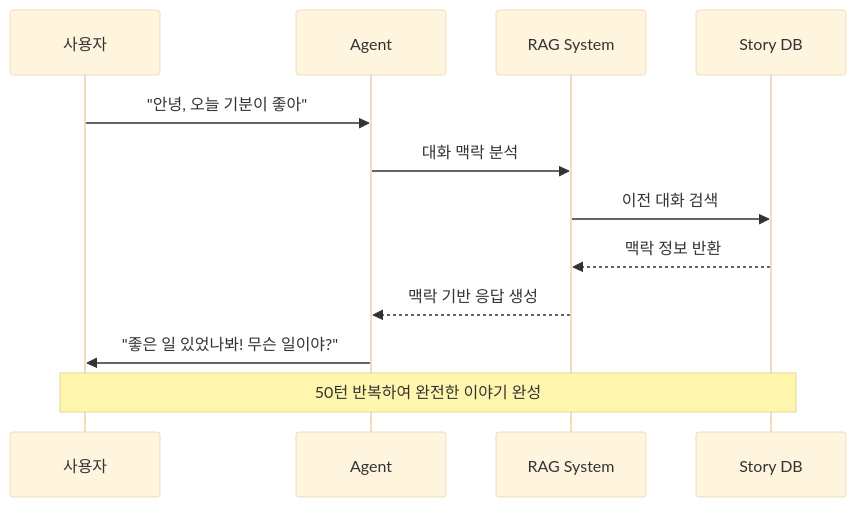
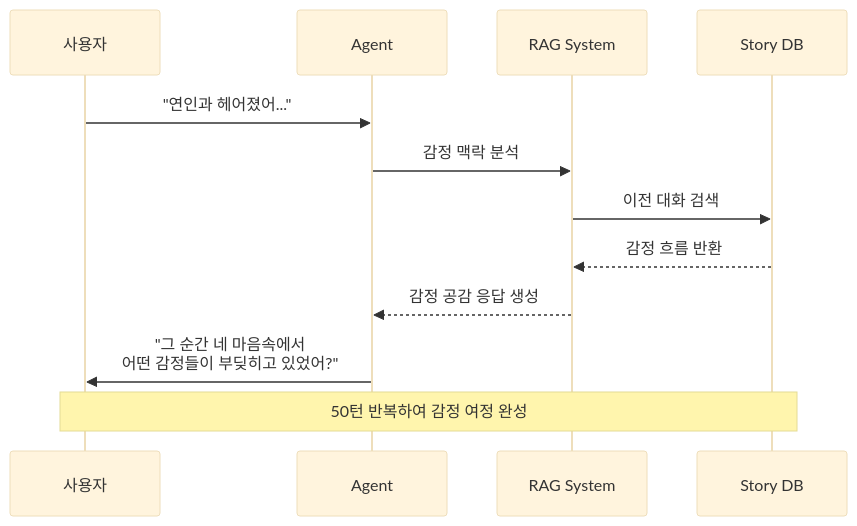
The third of 23 diagrams in documents/6차식/6차시_고등_대화형스토리Agent_역공부.md (Collegenie-X/AIMakerLab_Web), drawn with Mermaid (base theme) before and after one commit. The commit also changed other lines of this file and 24 other files, not shown here.

````diff
--- a/documents/6차식/6차시_고등_대화형스토리Agent_역공부.md
+++ b/documents/6차식/6차시_고등_대화형스토리Agent_역공부.md
@@ -77,16 +104,16 @@
 ```mermaid
 sequenceDiagram
     participant U as 사용자
     participant A as Agent
     participant R as RAG System
     participant S as Story DB
     
-    U->>A: "안녕, 오늘 기분이 좋아"
-    A->>R: 대화 맥락 분석
+    U->>A: "연인과 헤어졌어..."
+    A->>R: 감정 맥락 분석
     R->>S: 이전 대화 검색
-    S-->>R: 맥락 정보 반환
-    R-->>A: 맥락 기반 응답 생성
-    A->>U: "좋은 일 있었나봐! 무슨 일이야?"
+    S-->>R: 감정 흐름 반환
+    R-->>A: 감정 공감 응답 생성
+    A->>U: "그 순간 네 마음속에서<br/>어떤 감정들이 부딪히고 있었어?"
     
-    Note over U,S: 50턴 반복하여 완전한 이야기 완성
+    Note over U,S: 50턴 반복하여 감정 여정 완성
 ```
````
